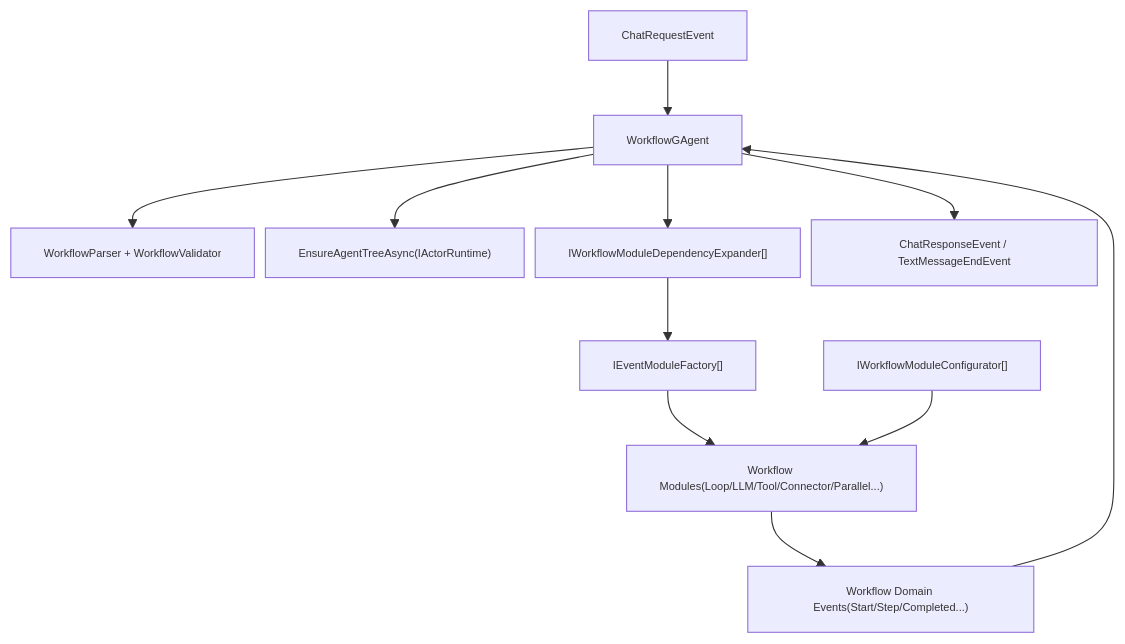
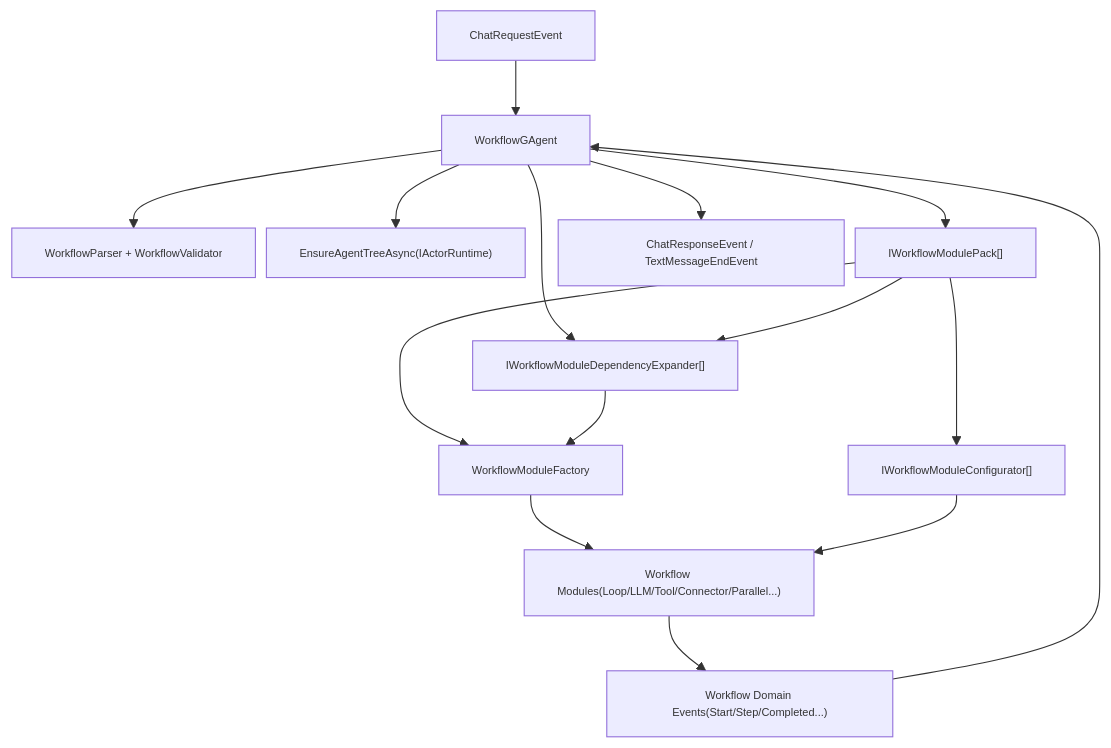
Before and after one commit to aevatarAI/aevatar: the fourth of 5 diagrams in src/workflow/README.md, drawn with Mermaid. The commit also changed other lines of this file and 22 other files, not shown here.

First line of the commit message:
Refactor Workflow Module Architecture and Integrate Maker Extensions

````diff
--- a/src/workflow/README.md
+++ b/src/workflow/README.md
@@ -141,25 +141,30 @@
 ```mermaid
 %%{init: {"maxTextSize": 100000, "flowchart": {"useMaxWidth": false, "nodeSpacing": 10, "rankSpacing": 50}, "themeVariables": {"fontSize": "10px"}}}%%
 flowchart TD
   CR["ChatRequestEvent"]
   WG["WorkflowGAgent"]
   PV["WorkflowParser + WorkflowValidator"]
   TREE["EnsureAgentTreeAsync(IActorRuntime)"]
   EXP["IWorkflowModuleDependencyExpander[]"]
-  FACT["IEventModuleFactory[]"]
+  PACK["IWorkflowModulePack[]"]
+  FACT["WorkflowModuleFactory"]
   CFG["IWorkflowModuleConfigurator[]"]
   MOD["Workflow Modules(Loop/LLM/Tool/Connector/Parallel...)"]
   EVT["Workflow Domain Events(Start/Step/Completed...)"]
   OUT["ChatResponseEvent / TextMessageEndEvent"]
 
   CR --> WG
   WG --> PV
   WG --> TREE
+  WG --> PACK
   WG --> EXP
+  PACK --> FACT
+  PACK --> EXP
+  PACK --> CFG
   EXP --> FACT
   FACT --> MOD
   CFG --> MOD
   MOD --> EVT
   EVT --> WG
   WG --> OUT
 ```
````
